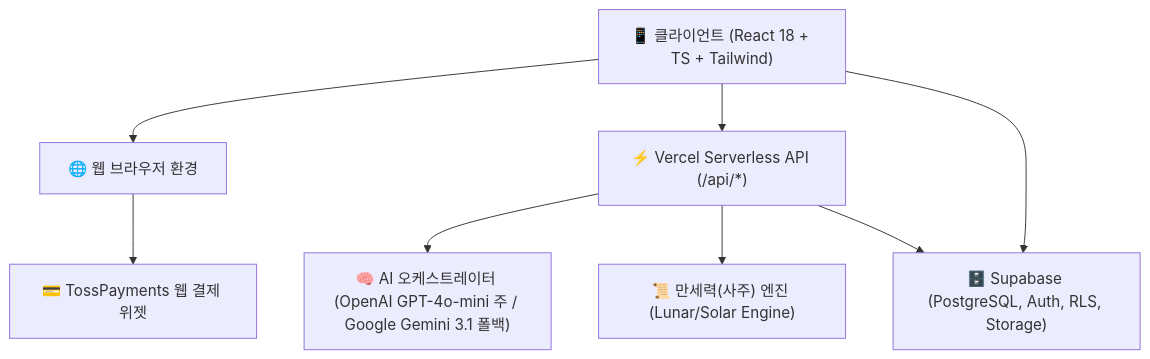
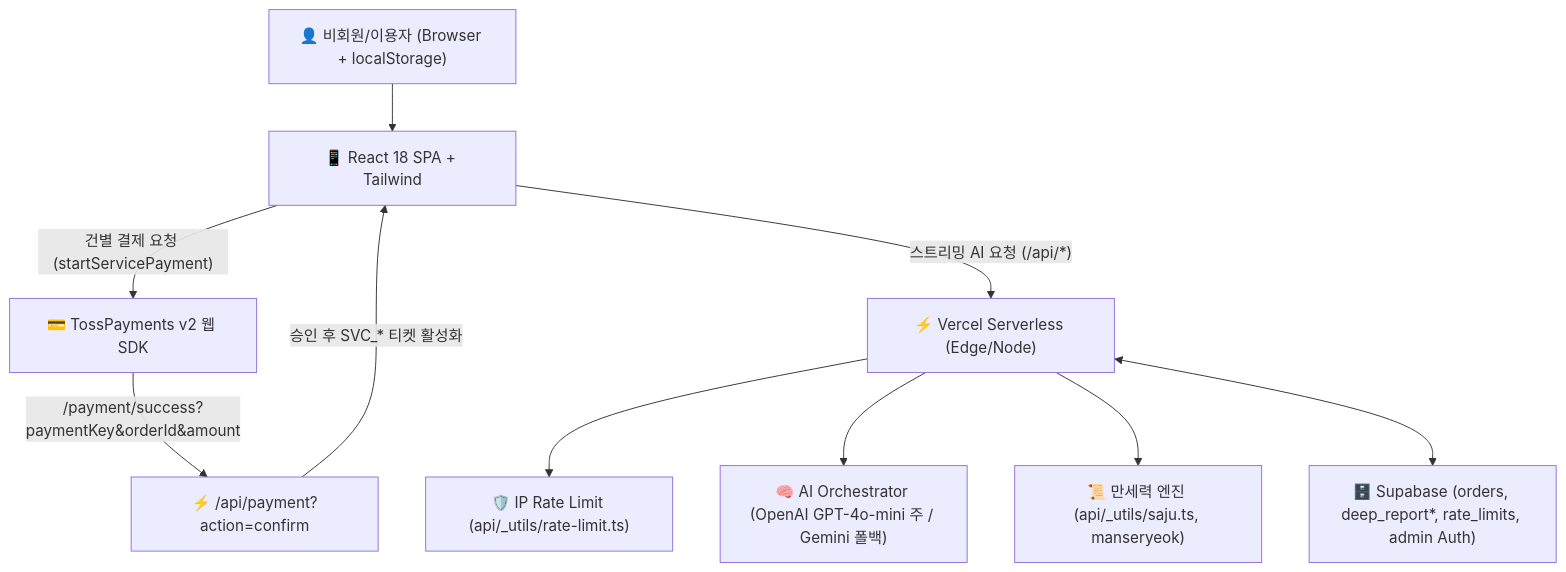
Before and after one commit to s-zuni/MBTI-Saju: the diagram in agent.md, drawn with Mermaid. The commit also changed other lines of this file and 22 other files, not shown here.

````diff
--- a/agent.md
+++ b/agent.md
@@ -26,16 +28,12 @@
 ```mermaid
 graph TD
-    Client["📱 클라이언트 (React 18 + TS + Tailwind)"]
-    Web["🌐 웹 브라우저 환경"]
-    
-    Client --> Web
-    
-    Client --> VercelAPI["⚡ Vercel Serverless API (/api/*)"]
-    Client --> Supabase["🗄️ Supabase (PostgreSQL, Auth, RLS, Storage)"]
-    
-    VercelAPI --> AI_Provider["🧠 AI 오케스트레이터 (OpenAI GPT-4o-mini 주 / Google Gemini 3.1 폴백)"]
-    VercelAPI --> Manseryeok["📜 만세력(사주) 엔진 (Lunar/Solar Engine)"]
-    VercelAPI --> Supabase
-    
-    Web --> TossWidget["💳 TossPayments 웹 결제 위젯"]
+    User["👤 비회원/이용자 (Browser + localStorage)"] --> ReactApp["📱 React 18 SPA + Tailwind"]
+    ReactApp -->|"건별 결제 요청 (startServicePayment)"| TossSDK["💳 TossPayments v2 웹 SDK"]
+    TossSDK -->|"/payment/success?paymentKey&orderId&amount"| VercelPayment["⚡ /api/payment?action=confirm"]
+    VercelPayment -->|"승인 후 SVC_* 티켓 활성화"| ReactApp
+    ReactApp -->|"스트리밍 AI 요청 (/api/*)"| VercelAPI["⚡ Vercel Serverless (Edge/Node)"]
+    VercelAPI --> RateLimit["🛡️ IP Rate Limit (api/_utils/rate-limit.ts)"]
+    VercelAPI --> AIProvider["🧠 AI Orchestrator (OpenAI GPT-4o-mini 주 / Gemini 폴백)"]
+    VercelAPI --> Manseryeok["📜 만세력 엔진 (api/_utils/saju.ts, manseryeok)"]
+    VercelAPI <--> Supabase["🗄️ Supabase (orders, deep_report*, rate_limits, admin Auth)"]
 ```
````
